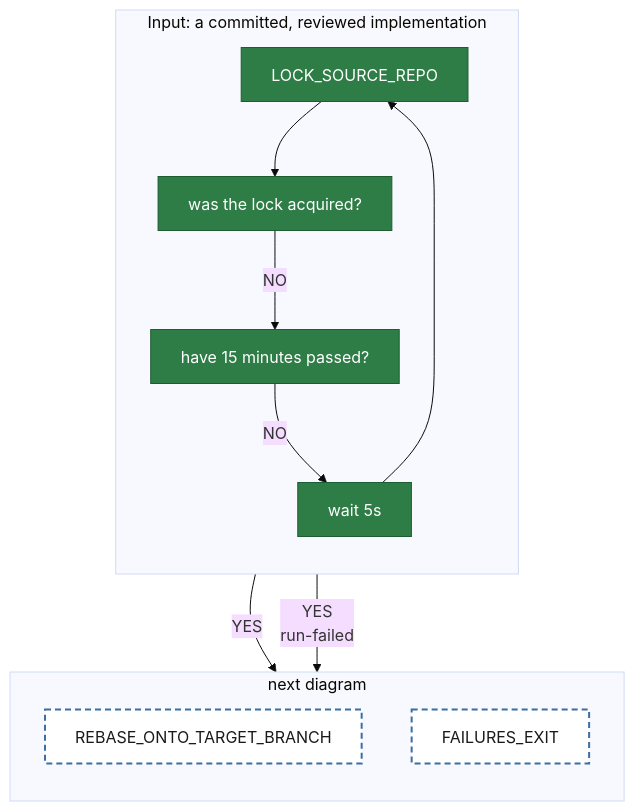
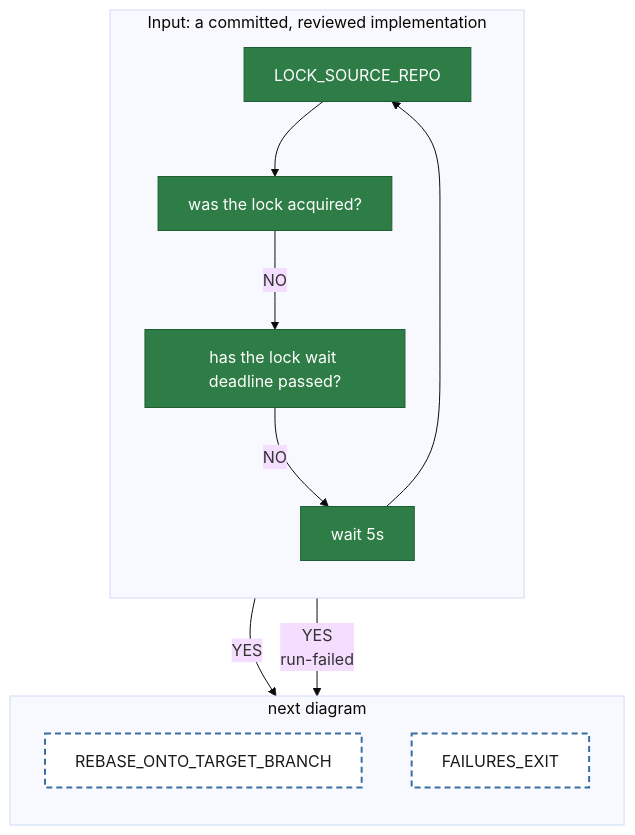
Before and after one commit to matkatmusic/taskTools: the diagram in diagrams/tackle-tasks/pipeline-lockSourceRepo.mmd, drawn with Mermaid (base theme). The commit also changed 99 other files, not shown here.

```diff
--- a/diagrams/tackle-tasks/pipeline-lockSourceRepo.mmd
+++ b/diagrams/tackle-tasks/pipeline-lockSourceRepo.mmd
@@ -1,31 +1,31 @@
 flowchart TB
 %% Not an agent() entry. The hook walks in from a dashed LOCK_SOURCE_REPO block. Every path ends at a dashed block.
 
   subgraph lockSourceRepo ["Input: a committed, reviewed implementation"]
     direction TB
     LOCK_SOURCE_REPO["LOCK_SOURCE_REPO"]
     WAS_LOCK_ACQUIRED_Q["was the lock acquired?"]
-    HAVE_15_MINUTES_PASSED_Q["have 15 minutes passed?"]
+    HAS_LOCK_WAIT_DEADLINE_PASSED_Q["has the lock wait deadline passed?"]
     WAIT_FOR_LOCK["wait 5s"]
   end
   subgraph lockSourceRepoNext ["next diagram"]
     direction TB
     REBASE_ONTO_TARGET_BRANCH["REBASE_ONTO_TARGET_BRANCH"]
     FAILURES_EXIT["FAILURES_EXIT"]
   end
   lockSourceRepo ~~~ lockSourceRepoNext
 
   LOCK_SOURCE_REPO --> WAS_LOCK_ACQUIRED_Q
   WAS_LOCK_ACQUIRED_Q -- "YES" --> REBASE_ONTO_TARGET_BRANCH
-  WAS_LOCK_ACQUIRED_Q -- "NO" --> HAVE_15_MINUTES_PASSED_Q
-  HAVE_15_MINUTES_PASSED_Q -- "NO" --> WAIT_FOR_LOCK
-  HAVE_15_MINUTES_PASSED_Q -- "YES<br/>run-failed" --> FAILURES_EXIT
+  WAS_LOCK_ACQUIRED_Q -- "NO" --> HAS_LOCK_WAIT_DEADLINE_PASSED_Q
+  HAS_LOCK_WAIT_DEADLINE_PASSED_Q -- "NO" --> WAIT_FOR_LOCK
+  HAS_LOCK_WAIT_DEADLINE_PASSED_Q -- "YES<br/>run-failed" --> FAILURES_EXIT
   WAIT_FOR_LOCK --> LOCK_SOURCE_REPO
 
   classDef script fill:#2f7d46,stroke:#1e5c31,color:#ffffff
   classDef returns_a_prompt fill:#e07b39,stroke:#a8541f,color:#1a1a1a
   classDef fail fill:red,stroke:#254a70,color:#ffffff
   classDef output fill:#3b6ea5,stroke:#254a70,color:#ffffff
   classDef next_diagram fill:#ffffff,stroke:#3b6ea5,stroke-width:2px,stroke-dasharray:6 4,color:#1a1a1a
-  class LOCK_SOURCE_REPO,WAS_LOCK_ACQUIRED_Q,HAVE_15_MINUTES_PASSED_Q,WAIT_FOR_LOCK script
+  class LOCK_SOURCE_REPO,WAS_LOCK_ACQUIRED_Q,HAS_LOCK_WAIT_DEADLINE_PASSED_Q,WAIT_FOR_LOCK script
   class REBASE_ONTO_TARGET_BRANCH,FAILURES_EXIT next_diagram
```
